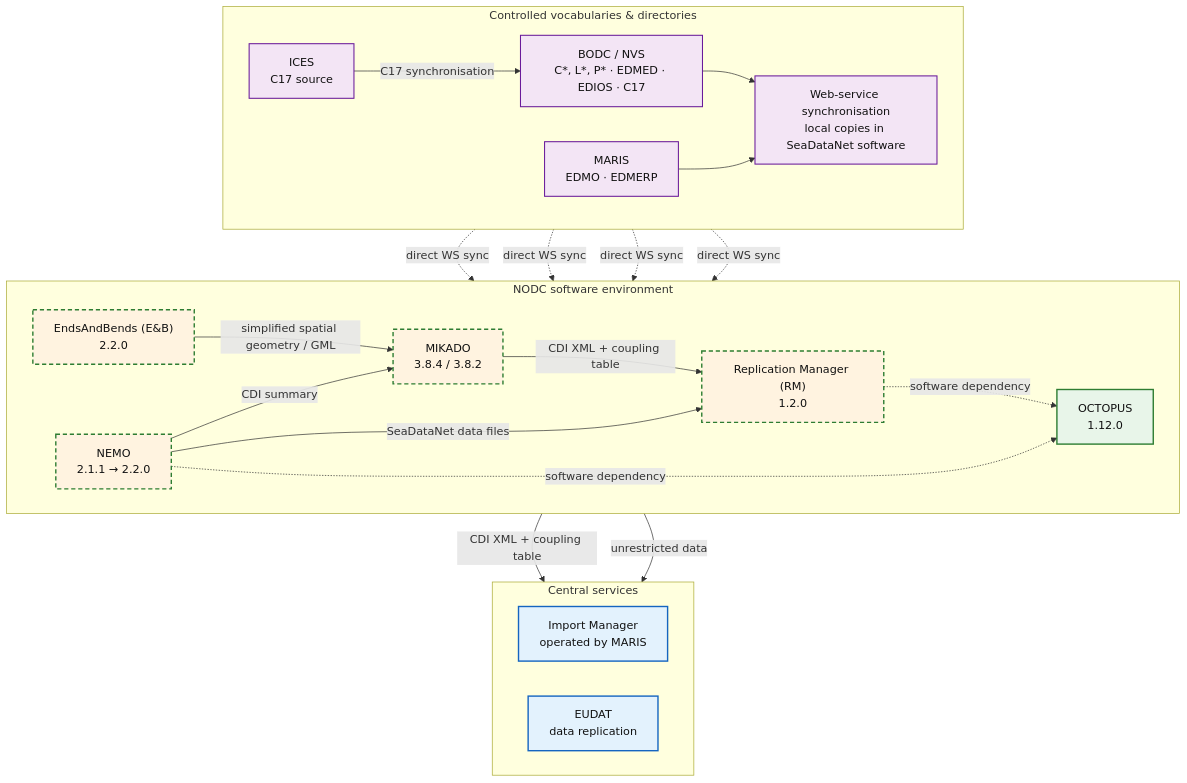
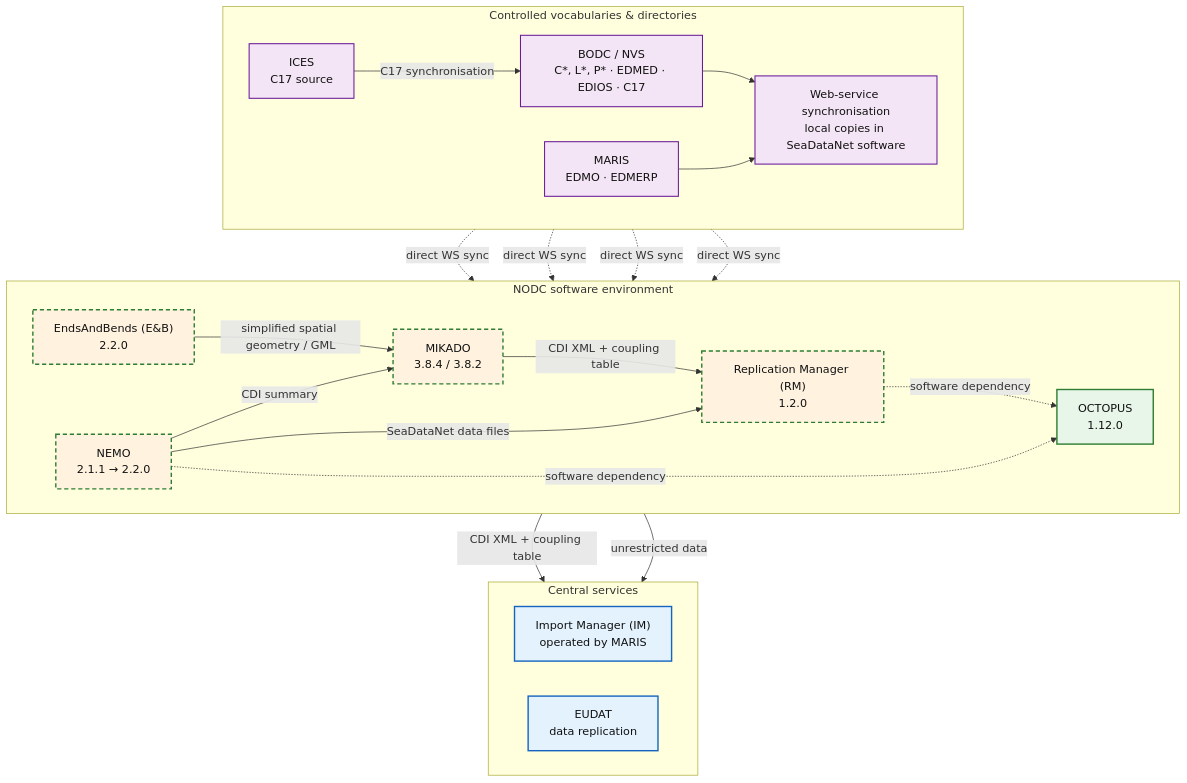
One commit to seadatanet/.github changed the second of 4 diagrams in README.md. Above: the diagram before and after it, drawn with Mermaid. The commit also changed other lines of this file, not shown here.

Commit message:
Update E&B and Import Manager documentation

````diff
--- a/README.md
+++ b/README.md
@@ -45,56 +45,56 @@
 ```mermaid
 flowchart TB
 
   subgraph SEM["Controlled vocabularies & directories"]
     direction LR
     ICES["ICES<br/>C17 source"]
     BODC["BODC / NVS<br/>C*, L*, P* · EDMED · EDIOS · C17"]
     MARIS["MARIS<br/>EDMO · EDMERP"]
     SYNC["Web-service synchronisation<br/>local copies in SeaDataNet software"]
 
     ICES -->|"C17 synchronisation"| BODC
     BODC --> SYNC
     MARIS --> SYNC
   end
 
   subgraph NODC["NODC software environment"]
     direction LR
     EB["EndsAndBends (E&B)<br/>2.2.0"]
     NEMO["NEMO<br/>2.1.1 → 2.2.0"]
     MIKADO["MIKADO<br/>3.8.4 / 3.8.2"]
     RM["Replication Manager (RM)<br/>1.2.0"]
     OCTOPUS["OCTOPUS<br/>1.12.0"]
   end
 
   subgraph CENTRAL["Central services"]
     direction LR
-    IM["Import Manager<br/>operated by MARIS"]
+    IM["Import Manager (IM)<br/>operated by MARIS"]
     EUDAT["EUDAT<br/>data replication"]
   end
 
   EB -->|"simplified spatial geometry / GML"| MIKADO
   NEMO -->|"CDI summary"| MIKADO
   NEMO -->|"SeaDataNet data files"| RM
   MIKADO -->|"CDI XML + coupling table"| RM
 
   NEMO -.->|"software dependency"| OCTOPUS
   RM -.->|"software dependency"| OCTOPUS
 
   RM -->|"CDI XML + coupling table"| IM
   RM -->|"unrestricted data"| EUDAT
 
   SYNC -.->|"direct WS sync"| OCTOPUS
   SYNC -.->|"direct WS sync"| NEMO
   SYNC -.->|"direct WS sync"| MIKADO
   SYNC -.->|"direct WS sync"| RM
 
   classDef public fill:#e8f5e9,stroke:#2e7d32,stroke-width:2px,color:#111;
   classDef transition fill:#fff3e0,stroke:#2e7d32,stroke-width:2px,stroke-dasharray:6 4,color:#111;
   classDef external fill:#e3f2fd,stroke:#1565c0,stroke-width:2px,color:#111;
   classDef semantic fill:#f3e5f5,stroke:#6a1b9a,stroke-width:1.5px,color:#111;
 
   class OCTOPUS public;
   class NEMO,MIKADO,RM,EB transition;
   class IM,EUDAT external;
   class ICES,BODC,MARIS,SYNC semantic;
 ```
````
